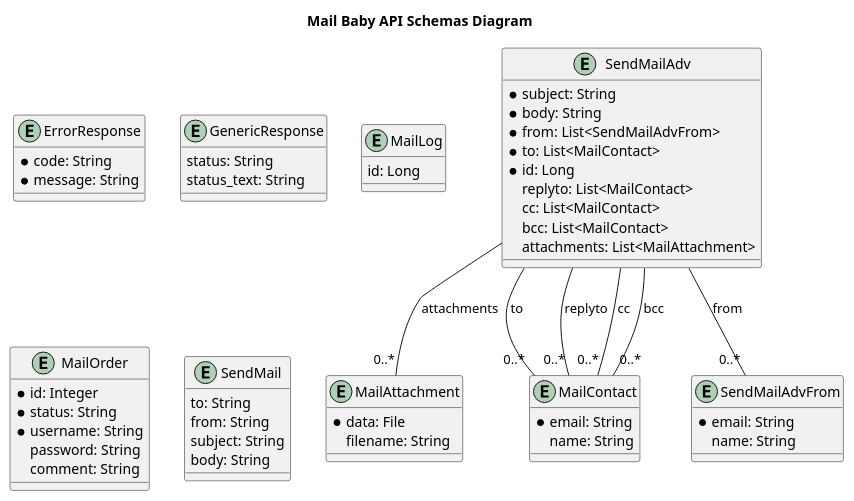
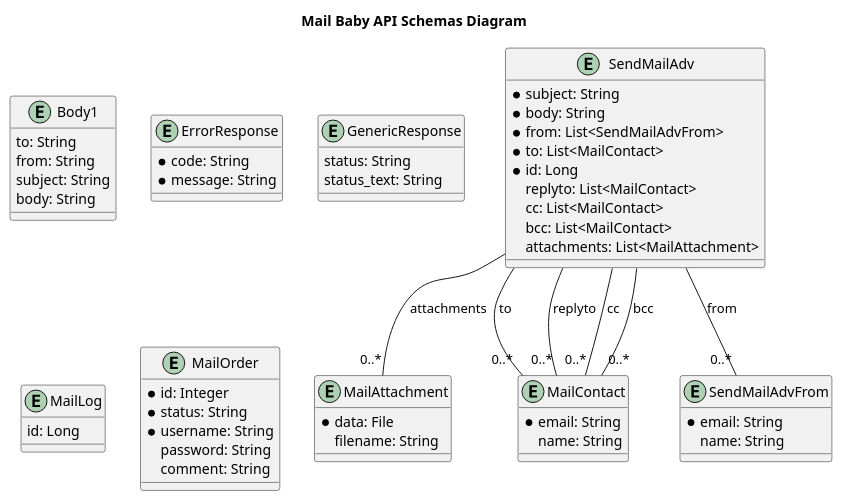
The diagram in openapi-documentation/plantuml/schemas.plantuml (interserver/mailbaby-api-samples), drawn with PlantUML before and after one commit. The commit also changed 786 other files, not shown here.

```diff
--- a/openapi-documentation/plantuml/schemas.plantuml
+++ b/openapi-documentation/plantuml/schemas.plantuml
@@ -1,69 +1,69 @@
 @startuml
 
 title Mail Baby API Schemas Diagram
+
+entity Body1 { 
+    to: String
+    from: String
+    subject: String
+    body: String
+}
 
 entity ErrorResponse { 
     * code: String
     * message: String
 }
 
 entity GenericResponse { 
     status: String
     status_text: String
 }
 
 entity MailAttachment { 
     * data: File
     filename: String
 }
 
 entity MailContact { 
     * email: String
     name: String
 }
 
 entity MailLog { 
     id: Long
 }
 
 entity MailOrder { 
     * id: Integer
     * status: String
     * username: String
     password: String
     comment: String
 }
 
-entity SendMail { 
-    to: String
-    from: String
-    subject: String
-    body: String
-}
-
 entity SendMailAdv { 
     * subject: String
     * body: String
     * from: List<SendMailAdvFrom>
     * to: List<MailContact>
     * id: Long
     replyto: List<MailContact>
     cc: List<MailContact>
     bcc: List<MailContact>
     attachments: List<MailAttachment>
 }
 
 entity SendMailAdvFrom { 
     * email: String
     name: String
 }
 
 
 SendMailAdv -- "0..*" SendMailAdvFrom : from
 SendMailAdv -- "0..*" MailContact : to
 SendMailAdv -- "0..*" MailContact : replyto
 SendMailAdv -- "0..*" MailContact : cc
 SendMailAdv -- "0..*" MailContact : bcc
 SendMailAdv -- "0..*" MailAttachment : attachments
 
 @enduml
```
